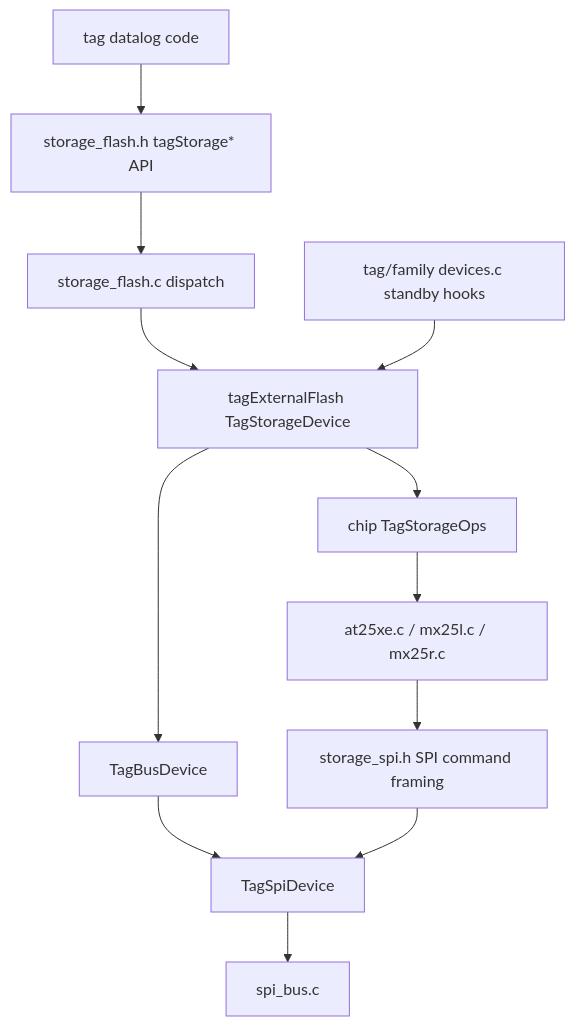
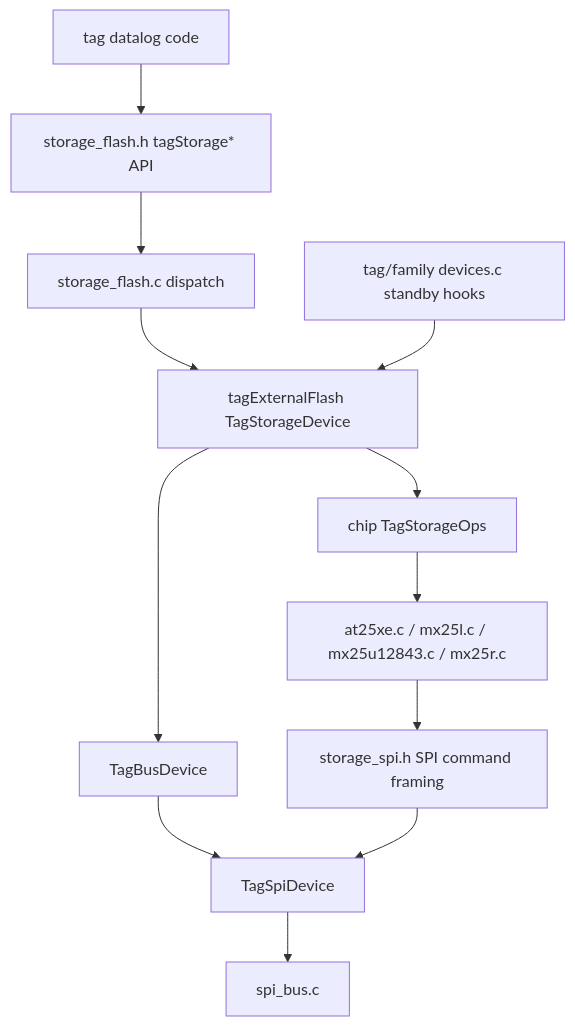
One commit to tag-designs/software changed the diagram in embedded/tags/common/storage/README.md. Above: the diagram before and after it, drawn with Mermaid. The commit also changed other lines of this file and 8 other files, not shown here.

````diff
--- a/embedded/tags/common/storage/README.md
+++ b/embedded/tags/common/storage/README.md
@@ -71,27 +72,27 @@
 ```mermaid
 flowchart TD
   Datalog["tag datalog code"]
   PublicAPI["storage_flash.h tagStorage* API"]
   StorageFlash["storage_flash.c dispatch"]
   StorageDev["tagExternalFlash TagStorageDevice"]
   Ops["chip TagStorageOps"]
-  Chip["at25xe.c / mx25l.c / mx25r.c"]
+  Chip["at25xe.c / mx25l.c / mx25u12843.c / mx25r.c"]
   SpiHelper["storage_spi.h SPI command framing"]
   BusDevice["TagBusDevice"]
   SpiDevice["TagSpiDevice"]
   SpiCore["spi_bus.c"]
 
   Datalog --> PublicAPI
   PublicAPI --> StorageFlash
   StorageFlash --> StorageDev
   StorageDev --> Ops
   Ops --> Chip
   Chip --> SpiHelper
   StorageDev --> BusDevice
   BusDevice --> SpiDevice
   SpiHelper --> SpiDevice
   SpiDevice --> SpiCore
 
   Standby["tag/family devices.c standby hooks"]
   Standby --> StorageDev
 ```
````
